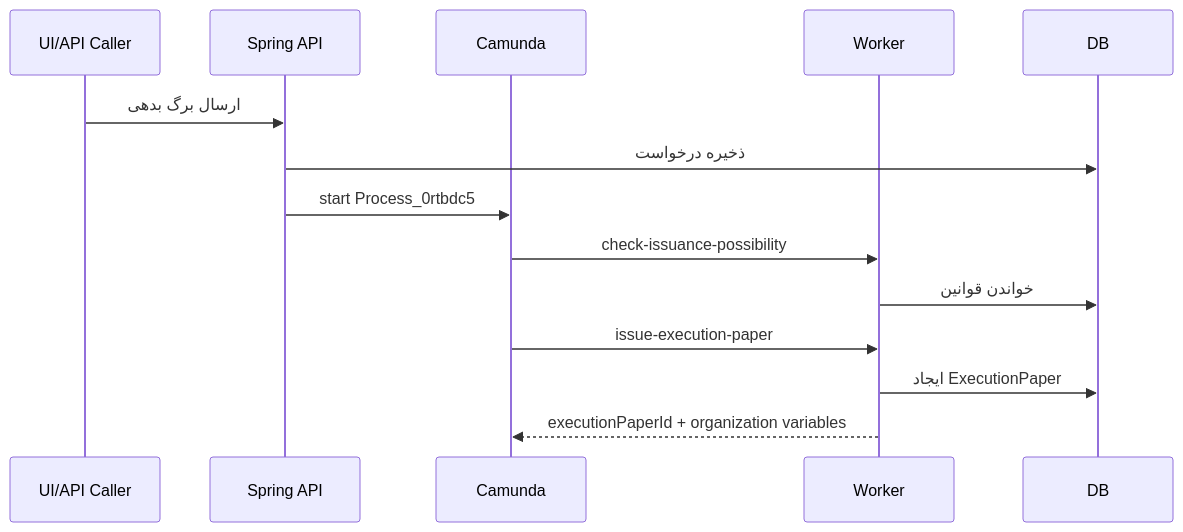
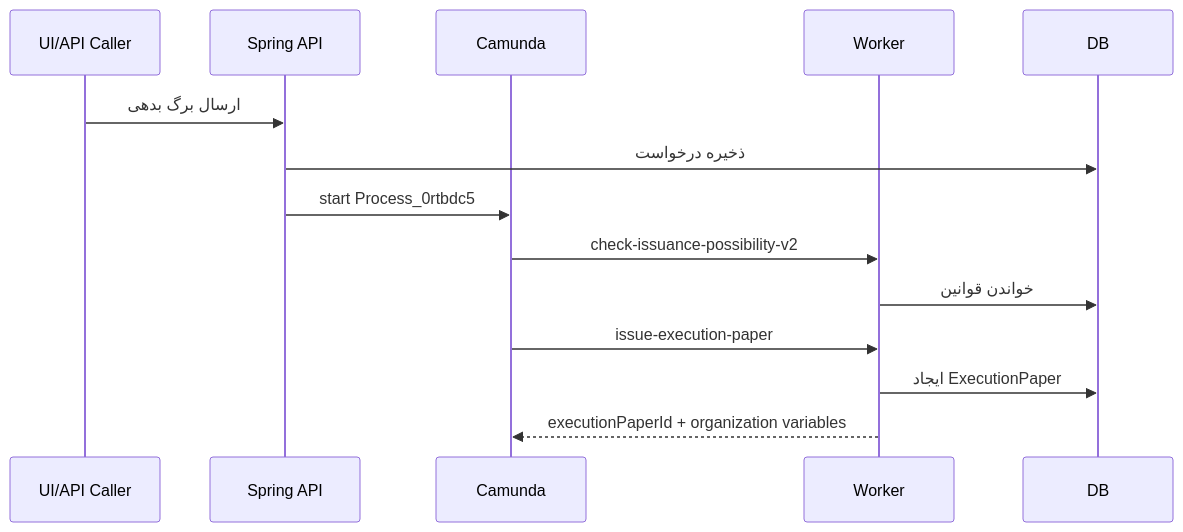
The third of 3 diagrams in docs/architecture/system-architecture.md (mohamamdsajadi/VosolMaliat), drawn with Mermaid before and after one commit. The commit also changed other lines of this file and 16 other files, not shown here.

````diff
--- a/docs/architecture/system-architecture.md
+++ b/docs/architecture/system-architecture.md
@@ -57,16 +57,16 @@
 ```mermaid
 sequenceDiagram
     participant FE as UI/API Caller
     participant API as Spring API
     participant CAM as Camunda
     participant W as Worker
     participant DB as DB
     FE->>API: ارسال برگ بدهی
     API->>DB: ذخیره درخواست
     API->>CAM: start Process_0rtbdc5
-    CAM->>W: check-issuance-possibility
+    CAM->>W: check-issuance-possibility-v2
     W->>DB: خواندن قوانین
     CAM->>W: issue-execution-paper
     W->>DB: ایجاد ExecutionPaper
     W-->>CAM: executionPaperId + organization variables
 ```
````
